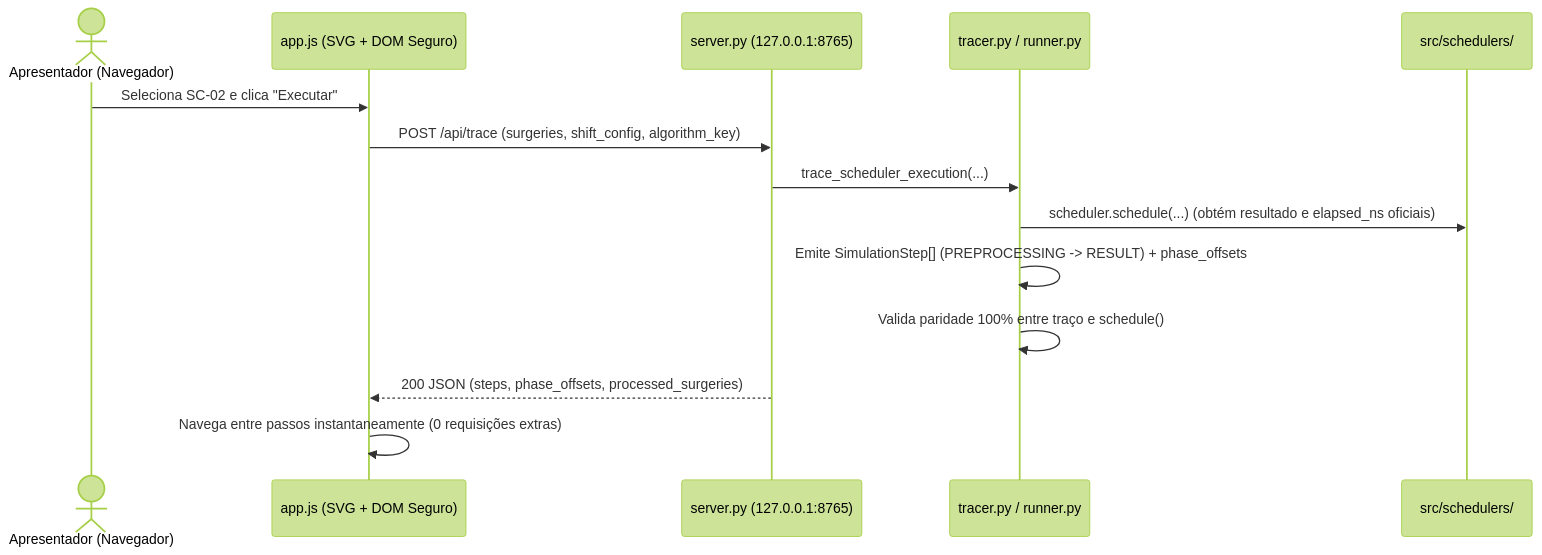
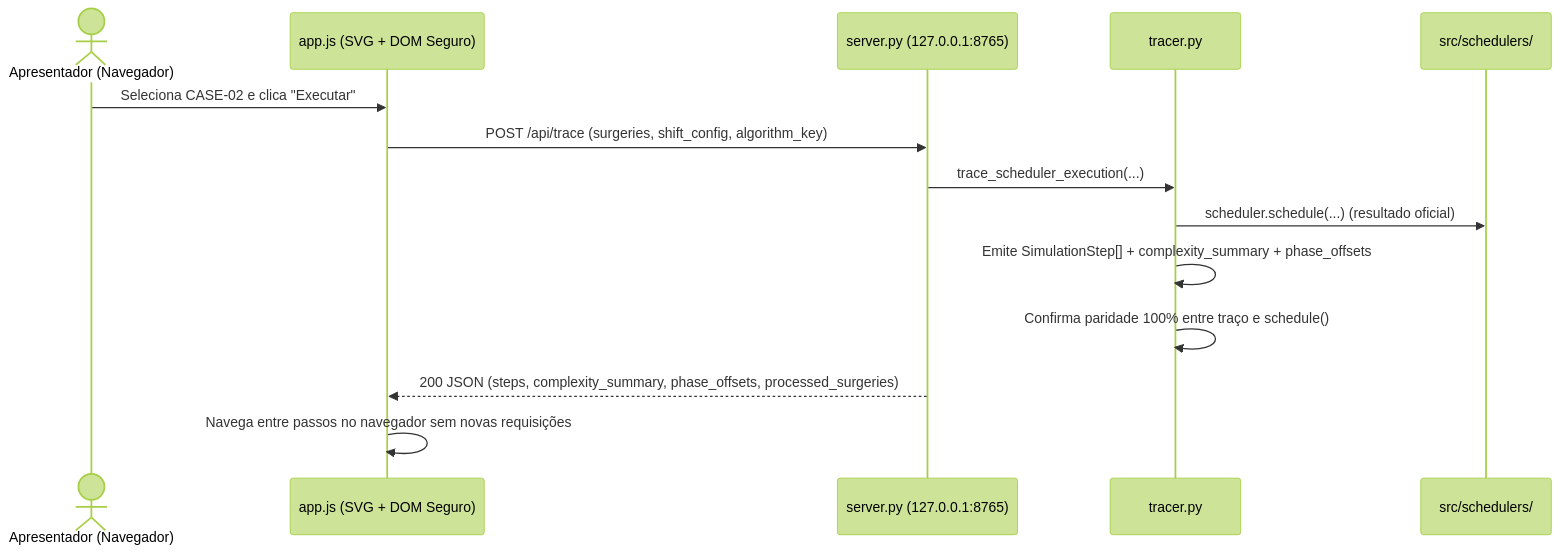
One commit to allysson-assuncao/escalonamento-intervalos-paa changed the second of 2 diagrams in docs/guia-revisao-arquitetura-e-apresentacao.md. Above: the diagram before and after it, drawn with Mermaid (forest theme). The commit also changed other lines of this file and 13 other files, not shown here.

````diff
--- a/docs/guia-revisao-arquitetura-e-apresentacao.md
+++ b/docs/guia-revisao-arquitetura-e-apresentacao.md
@@ -112,17 +93,17 @@
 ```mermaid
 sequenceDiagram
     actor Apresentador as Apresentador (Navegador)
     participant JS as app.js (SVG + DOM Seguro)
     participant HTTP as server.py (127.0.0.1:8765)
-    participant Tracer as tracer.py / runner.py
+    participant Tracer as tracer.py
     participant Prod as src/schedulers/
 
-    Apresentador->>JS: Seleciona SC-02 e clica "Executar"
+    Apresentador->>JS: Seleciona CASE-02 e clica "Executar"
     JS->>HTTP: POST /api/trace (surgeries, shift_config, algorithm_key)
     HTTP->>Tracer: trace_scheduler_execution(...)
-    Tracer->>Prod: scheduler.schedule(...) (obtém resultado e elapsed_ns oficiais)
-    Tracer->>Tracer: Emite SimulationStep[] (PREPROCESSING -> RESULT) + phase_offsets
-    Tracer->>Tracer: Valida paridade 100% entre traço e schedule()
-    HTTP-->>JS: 200 JSON (steps, phase_offsets, processed_surgeries)
-    JS->>JS: Navega entre passos instantaneamente (0 requisições extras)
+    Tracer->>Prod: scheduler.schedule(...) (resultado oficial)
+    Tracer->>Tracer: Emite SimulationStep[] + complexity_summary + phase_offsets
+    Tracer->>Tracer: Confirma paridade 100% entre traço e schedule()
+    HTTP-->>JS: 200 JSON (steps, complexity_summary, phase_offsets, processed_surgeries)
+    JS->>JS: Navega entre passos no navegador sem novas requisições
 ```
````
